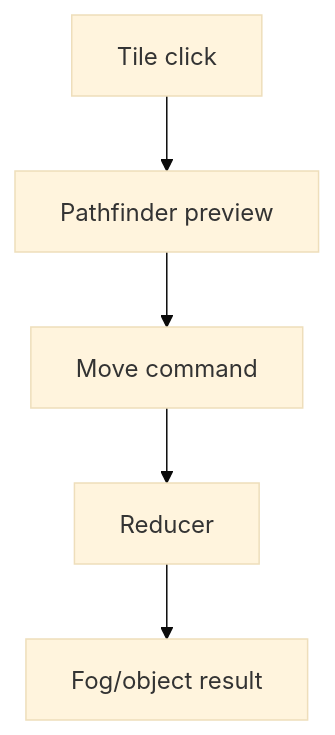
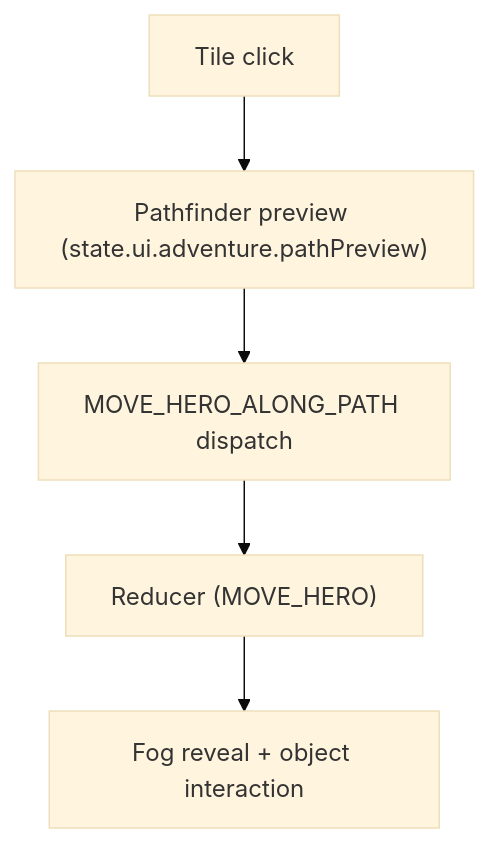
The third of 5 diagrams in docs/architecture/wiki/screens/07-adventure-map/architecture.md (SunaNoOshiro/Heroes_Reforged_AI_Realms), drawn with Mermaid (base theme) before and after one commit. The commit also changed other lines of this file and 518 other files, not shown here.

First line of the commit message:
Add doc-audit skill and sweep architecture/screen docs

````diff
--- a/docs/architecture/wiki/screens/07-adventure-map/architecture.md
+++ b/docs/architecture/wiki/screens/07-adventure-map/architecture.md
@@ -50,8 +52,7 @@
 ```mermaid
 flowchart TD
-  I0["Tile click"] --> I1
-  I1["Pathfinder preview"] --> I2
-  I2["Move command"] --> I3
-  I3["Reducer"] --> I4
-  I4["Fog/object result"]
+  I0["Tile click"] --> I1["Pathfinder preview (state.ui.adventure.pathPreview)"]
+  I1 --> I2["MOVE_HERO_ALONG_PATH dispatch"]
+  I2 --> I3["Reducer (MOVE_HERO)"]
+  I3 --> I4["Fog reveal + object interaction"]
 ```
````
